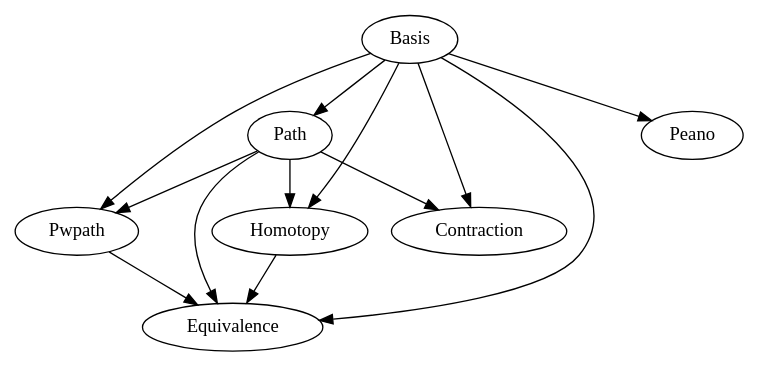
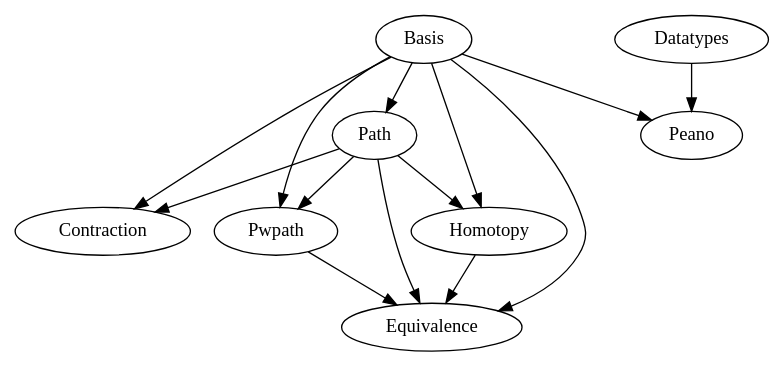
The diagram in seityou.dot (Hexirp/seityou), drawn with Graphviz before and after one commit.

Commit message:
Update: dot に Coq.Init.Datatypes を追加

```diff
--- a/seityou.dot
+++ b/seityou.dot
@@ -1,19 +1,20 @@
 digraph G {
     Basis -> Path;
     
     Path -> Homotopy;
     Basis -> Homotopy;
     
     Basis -> Pwpath;
     Path -> Pwpath;
     
     Basis -> Contraction;
     Path -> Contraction;
     
     Basis -> Equivalence;
     Path -> Equivalence;
     Pwpath -> Equivalence;
     Homotopy -> Equivalence;
 
     Basis -> Peano;
+    Datatypes -> Peano;
 }
```
